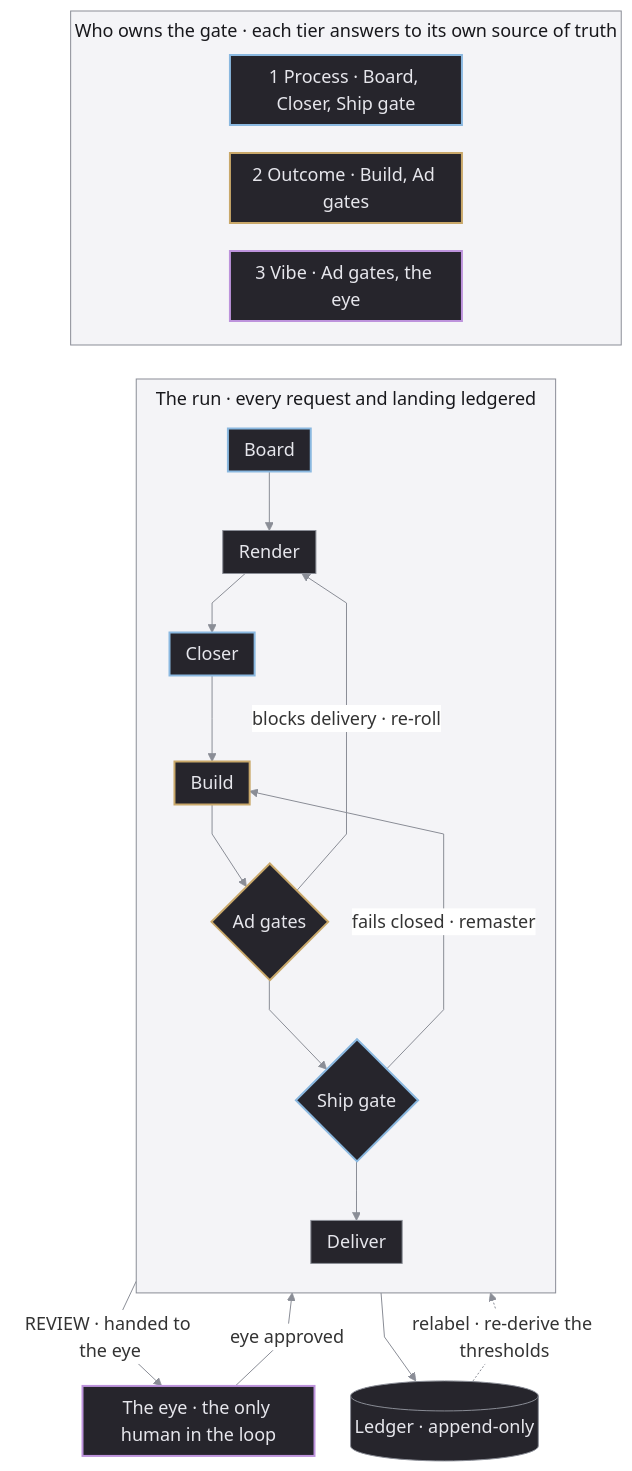
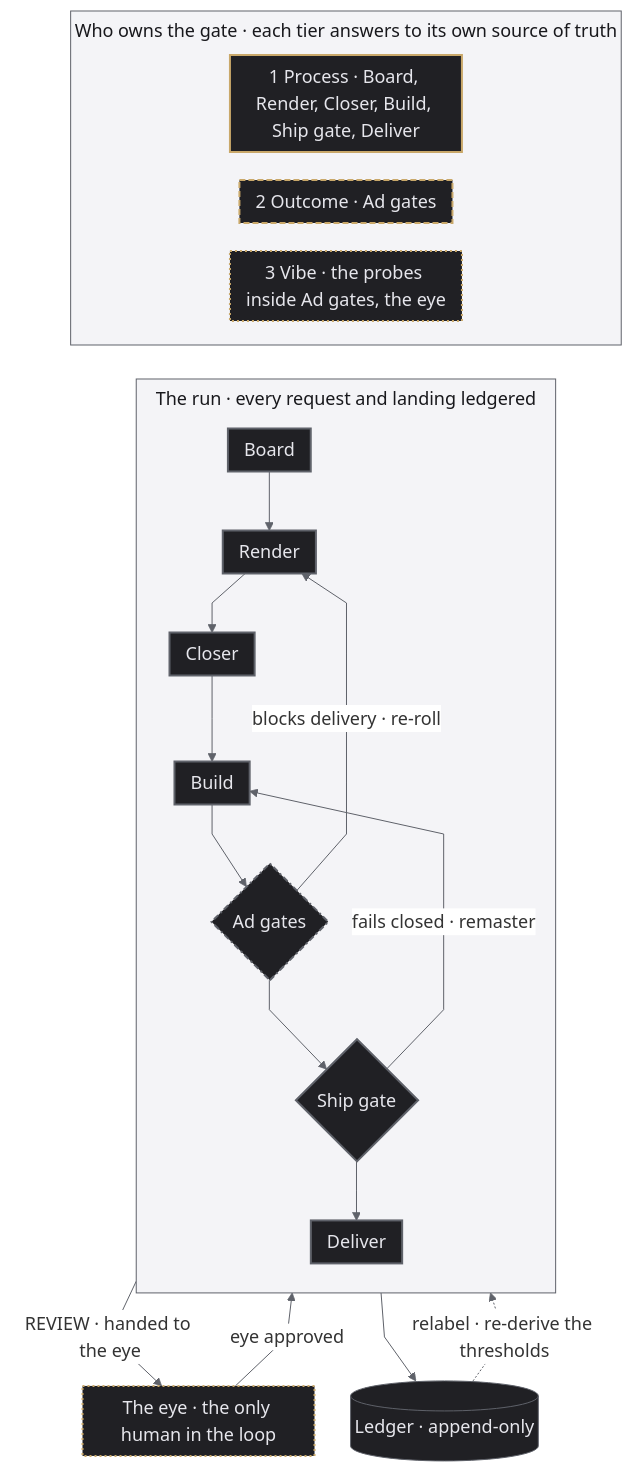
Before and after one commit to jameswniu/ad-creative-pipeline-multimodal-evals: the diagram in README.md, drawn with Mermaid. The commit also changed other lines of this file and 4 other files, not shown here.

Commit message:
Strip the figures, badges and graph to black, white and brass, flat ground, square corners, and read who owns a gate from the stroke

````diff
--- a/README.md
+++ b/README.md
@@ -320,39 +320,46 @@
 ```mermaid
-%%{init: {'flowchart': {'curve': 'linear', 'nodeSpacing': 28, 'rankSpacing': 34, 'padding': 8, 'subGraphTitleMargin': {'top': 6, 'bottom': 14}}, 'themeVariables': {'fontSize': '18px', 'lineColor': '#8a8d96', 'edgeLabelBackground': '#ffffff', 'clusterBkg': '#f4f4f7', 'clusterBorder': '#8a8d96', 'titleColor': '#18181c'}}}%%
+%%{init: {'flowchart': {'curve': 'linear', 'nodeSpacing': 28, 'rankSpacing': 34, 'padding': 8, 'subGraphTitleMargin': {'top': 6, 'bottom': 14}}, 'themeVariables': {'fontSize': '18px', 'lineColor': '#5f626a', 'edgeLabelBackground': '#ffffff', 'clusterBkg': '#f4f4f7', 'clusterBorder': '#5f626a', 'titleColor': '#18181c'}}}%%
 flowchart TD
     subgraph OWN["Who owns the gate · each tier answers to its own source of truth"]
         direction LR
-        P["1 Process · Board, Closer, Ship gate"]
-        O["2 Outcome · Build, Ad gates"]
-        V["3 Vibe · Ad gates, the eye"]
+        P["1 Process · Board, Render, Closer, Build, Ship gate, Deliver"]
+        O["2 Outcome · Ad gates"]
+        V["3 Vibe · the probes inside Ad gates, the eye"]
     end
 
     subgraph RUN["The run · every request and landing ledgered"]
         direction TB
         B["Board"] --> R["Render"] --> C["Closer"] --> BU["Build"] --> AG{"Ad gates"} --> SG{"Ship gate"} --> D["Deliver"]
     end
 
     EYE["The eye · the only human in the loop"]
     L[("Ledger · append-only")]
 
     P ~~~ B
     O ~~~ B
     V ~~~ B
     AG -->|"blocks delivery · re-roll"| R
     AG -->|"REVIEW · handed to the eye"| EYE
     EYE -->|"eye approved"| SG
     SG -->|"fails closed · remaster"| BU
     D --> L
     L -.->|"relabel · re-derive the thresholds"| B
 
-    classDef run fill:#26252c,stroke:#8a8d96,color:#e6e6ec
-    classDef process fill:#26252c,stroke:#8ab8e0,stroke-width:2px,color:#e6e6ec
-    classDef outcome fill:#26252c,stroke:#c9a86a,stroke-width:2px,color:#e6e6ec
-    classDef vibe fill:#26252c,stroke:#bd93dc,stroke-width:2px,color:#e6e6ec
-    class R,D,L run
-    class P,B,C,SG process
-    class O,BU,AG outcome
+    classDef run fill:#202024,stroke:#5f626a,color:#e6e6ec
+    classDef process fill:#202024,stroke:#5f626a,stroke-width:2px,color:#e6e6ec
+    classDef outcome fill:#202024,stroke:#5f626a,stroke-width:2px,stroke-dasharray:6 3,color:#e6e6ec
+    classDef vibe fill:#202024,stroke:#c9a86a,stroke-width:2px,stroke-dasharray:2 3,color:#e6e6ec
+    classDef legendProcess fill:#202024,stroke:#c9a86a,stroke-width:2px,color:#e6e6ec
+    classDef legendOutcome fill:#202024,stroke:#c9a86a,stroke-width:2px,stroke-dasharray:6 3,color:#e6e6ec
+    classDef shared fill:#202024,stroke:#5f626a,stroke-width:2px,stroke-dasharray:6 3 2 3,color:#e6e6ec
+    class L run
+    class B,R,C,BU,SG,D process
+    class AG outcome
+    class AG vibe
+    class AG shared
     class V,EYE vibe
-    style OWN fill:#f4f4f7,stroke:#8a8d96,color:#18181c
-    style RUN fill:#f4f4f7,stroke:#8a8d96,color:#18181c
+    class P legendProcess
+    class O legendOutcome
+    style OWN fill:#f4f4f7,stroke:#5f626a,color:#18181c
+    style RUN fill:#f4f4f7,stroke:#5f626a,color:#18181c
 ```
````
